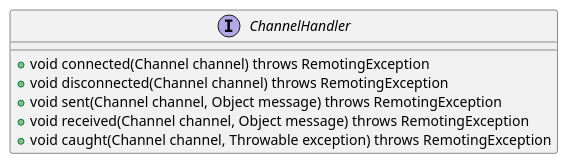
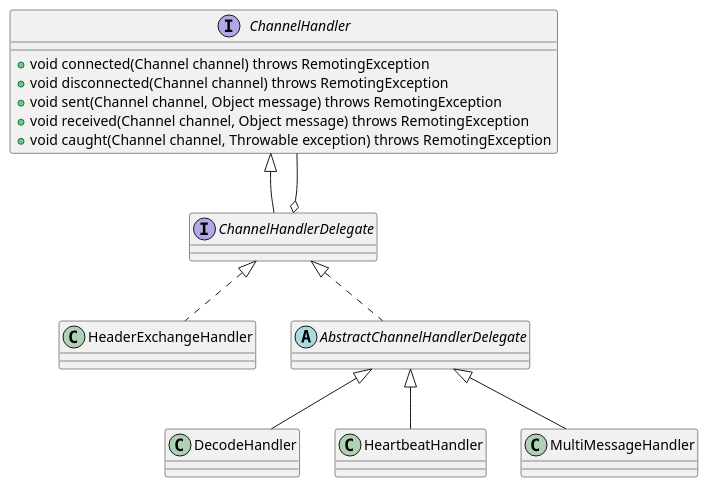
Before and after one commit to onlyonion/development: the first of 2 diagrams in 30-distributed/src/dubbo/remoting/ChannelHandler.md, drawn with PlantUML. The commit also changed other lines of this file and 13 other files, not shown here.

````diff
--- a/30-distributed/src/dubbo/remoting/ChannelHandler.md
+++ b/30-distributed/src/dubbo/remoting/ChannelHandler.md
@@ -48,13 +48,27 @@
 ```plantuml
 @startuml
 
 interface ChannelHandler {
     + void connected(Channel channel) throws RemotingException
     + void disconnected(Channel channel) throws RemotingException
     + void sent(Channel channel, Object message) throws RemotingException
     + void received(Channel channel, Object message) throws RemotingException
     + void caught(Channel channel, Throwable exception) throws RemotingException
 }
 
+ChannelHandler ^-- ChannelHandlerDelegate
+interface ChannelHandlerDelegate
+ChannelHandlerDelegate o-- ChannelHandler
+
+ChannelHandlerDelegate ^.. HeaderExchangeHandler
+ChannelHandlerDelegate ^.. AbstractChannelHandlerDelegate
+
+class HeaderExchangeHandler
+abstract class AbstractChannelHandlerDelegate
+
+AbstractChannelHandlerDelegate ^-- DecodeHandler
+AbstractChannelHandlerDelegate ^-- HeartbeatHandler
+AbstractChannelHandlerDelegate ^-- MultiMessageHandler
+
 @enduml
 ```
````
